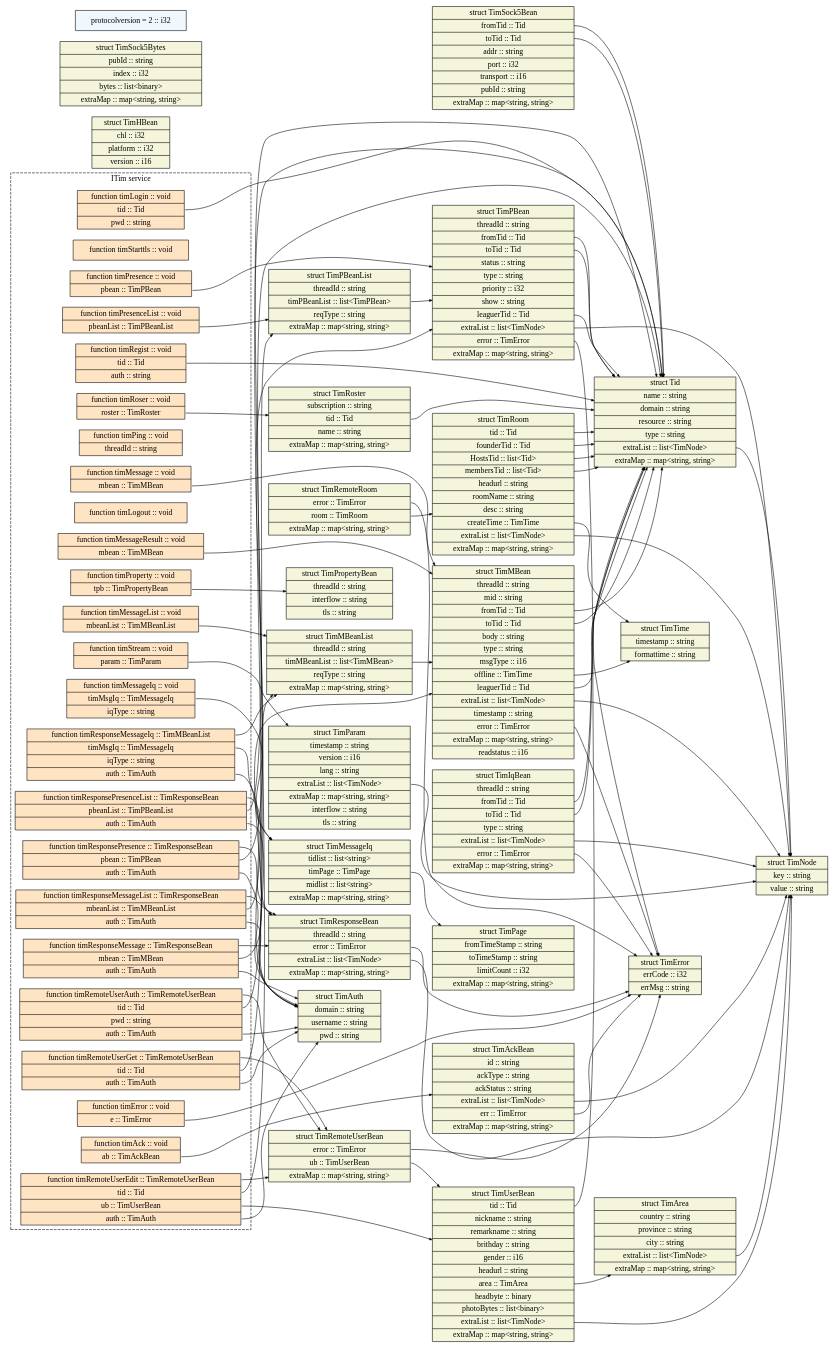
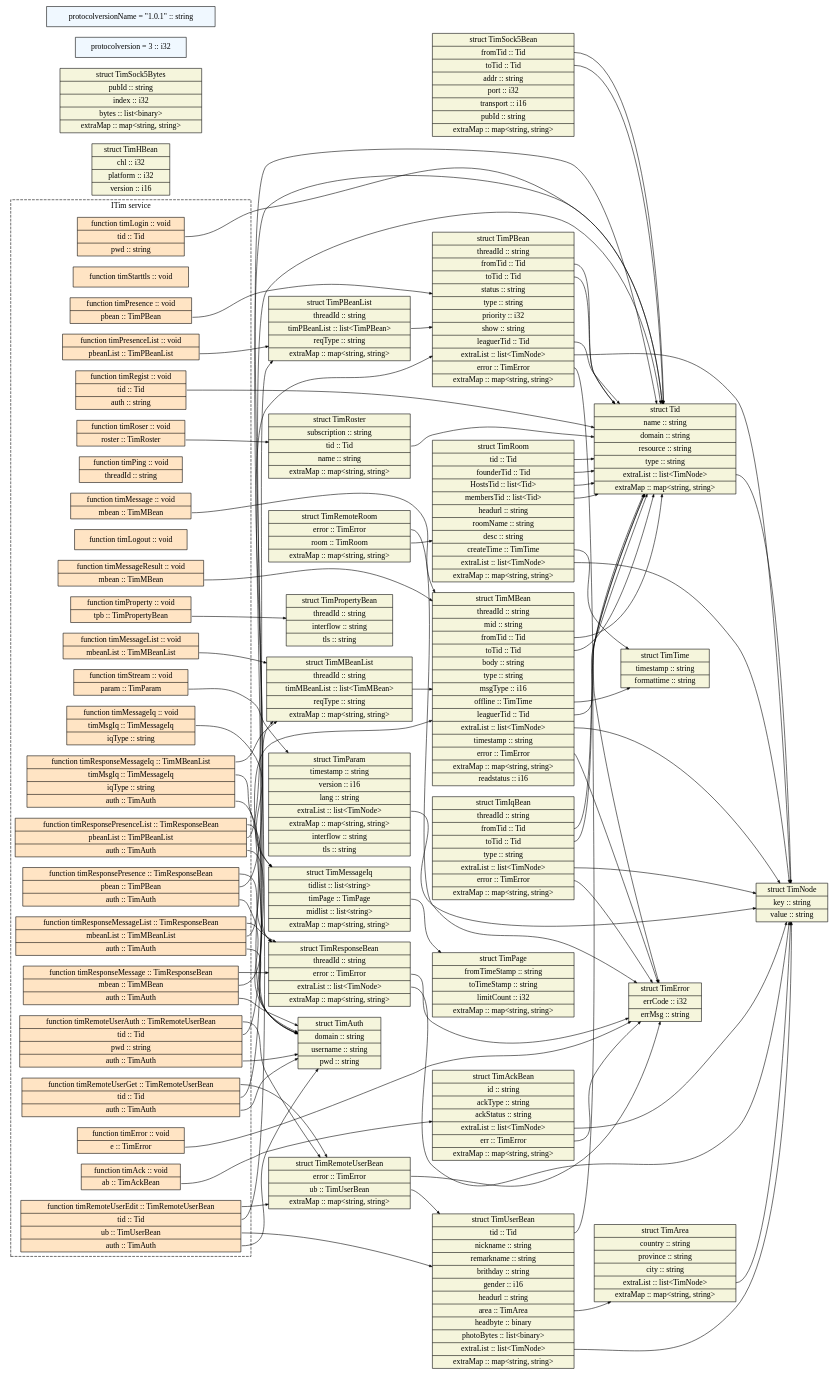
One commit to donnie4w/tim changed the diagram in protocols/gen-gv/tim.gv. Above: the diagram before and after it, drawn with Graphviz. The commit also changed 54 other files, not shown here.

```diff
--- a/protocols/gen-gv/tim.gv
+++ b/protocols/gen-gv/tim.gv
@@ -1,165 +1,167 @@
 digraph "tim" {
 node [style=filled, shape=record];
 edge [arrowsize=0.5];
 rankdir=LR
 node [fillcolor=beige];
 TimError [label="struct TimError|<field_errCode>errCode :: i32|<field_errMsg>errMsg :: string"];
 node [fillcolor=beige];
 TimNode [label="struct TimNode|<field_key>key :: string|<field_value>value :: string"];
 node [fillcolor=beige];
 TimAckBean [label="struct TimAckBean|<field_id>id :: string|<field_ackType>ackType :: string|<field_ackStatus>ackStatus :: string|<field_extraList>extraList :: list\<TimNode\>|<field_err>err :: TimError|<field_extraMap>extraMap :: map\<string, string\>"];
 node [fillcolor=beige];
 TimHBean [label="struct TimHBean|<field_chl>chl :: i32|<field_platform>platform :: i32|<field_version>version :: i16"];
 node [fillcolor=beige];
 TimParam [label="struct TimParam|<field_timestamp>timestamp :: string|<field_version>version :: i16|<field_lang>lang :: string|<field_extraList>extraList :: list\<TimNode\>|<field_extraMap>extraMap :: map\<string, string\>|<field_interflow>interflow :: string|<field_tls>tls :: string"];
 node [fillcolor=beige];
 TimTime [label="struct TimTime|<field_timestamp>timestamp :: string|<field_formattime>formattime :: string"];
 node [fillcolor=beige];
 TimArea [label="struct TimArea|<field_country>country :: string|<field_province>province :: string|<field_city>city :: string|<field_extraList>extraList :: list\<TimNode\>|<field_extraMap>extraMap :: map\<string, string\>"];
 node [fillcolor=beige];
 Tid [label="struct Tid|<field_name>name :: string|<field_domain>domain :: string|<field_resource>resource :: string|<field_type>type :: string|<field_extraList>extraList :: list\<TimNode\>|<field_extraMap>extraMap :: map\<string, string\>"];
 node [fillcolor=beige];
 TimUserBean [label="struct TimUserBean|<field_tid>tid :: Tid|<field_nickname>nickname :: string|<field_remarkname>remarkname :: string|<field_brithday>brithday :: string|<field_gender>gender :: i16|<field_headurl>headurl :: string|<field_area>area :: TimArea|<field_headbyte>headbyte :: binary|<field_photoBytes>photoBytes :: list\<binary\>|<field_extraList>extraList :: list\<TimNode\>|<field_extraMap>extraMap :: map\<string, string\>"];
 node [fillcolor=beige];
 TimRoom [label="struct TimRoom|<field_tid>tid :: Tid|<field_founderTid>founderTid :: Tid|<field_HostsTid>HostsTid :: list\<Tid\>|<field_membersTid>membersTid :: list\<Tid\>|<field_headurl>headurl :: string|<field_roomName>roomName :: string|<field_desc>desc :: string|<field_createTime>createTime :: TimTime|<field_extraList>extraList :: list\<TimNode\>|<field_extraMap>extraMap :: map\<string, string\>"];
 node [fillcolor=beige];
 TimPBean [label="struct TimPBean|<field_threadId>threadId :: string|<field_fromTid>fromTid :: Tid|<field_toTid>toTid :: Tid|<field_status>status :: string|<field_type>type :: string|<field_priority>priority :: i32|<field_show>show :: string|<field_leaguerTid>leaguerTid :: Tid|<field_extraList>extraList :: list\<TimNode\>|<field_error>error :: TimError|<field_extraMap>extraMap :: map\<string, string\>"];
 node [fillcolor=beige];
 TimMBean [label="struct TimMBean|<field_threadId>threadId :: string|<field_mid>mid :: string|<field_fromTid>fromTid :: Tid|<field_toTid>toTid :: Tid|<field_body>body :: string|<field_type>type :: string|<field_msgType>msgType :: i16|<field_offline>offline :: TimTime|<field_leaguerTid>leaguerTid :: Tid|<field_extraList>extraList :: list\<TimNode\>|<field_timestamp>timestamp :: string|<field_error>error :: TimError|<field_extraMap>extraMap :: map\<string, string\>|<field_readstatus>readstatus :: i16"];
 node [fillcolor=beige];
 TimIqBean [label="struct TimIqBean|<field_threadId>threadId :: string|<field_fromTid>fromTid :: Tid|<field_toTid>toTid :: Tid|<field_type>type :: string|<field_extraList>extraList :: list\<TimNode\>|<field_error>error :: TimError|<field_extraMap>extraMap :: map\<string, string\>"];
 node [fillcolor=beige];
 TimRoster [label="struct TimRoster|<field_subscription>subscription :: string|<field_tid>tid :: Tid|<field_name>name :: string|<field_extraMap>extraMap :: map\<string, string\>"];
 node [fillcolor=beige];
 TimRemoteUserBean [label="struct TimRemoteUserBean|<field_error>error :: TimError|<field_ub>ub :: TimUserBean|<field_extraMap>extraMap :: map\<string, string\>"];
 node [fillcolor=beige];
 TimRemoteRoom [label="struct TimRemoteRoom|<field_error>error :: TimError|<field_room>room :: TimRoom|<field_extraMap>extraMap :: map\<string, string\>"];
 node [fillcolor=beige];
 TimResponseBean [label="struct TimResponseBean|<field_threadId>threadId :: string|<field_error>error :: TimError|<field_extraList>extraList :: list\<TimNode\>|<field_extraMap>extraMap :: map\<string, string\>"];
 node [fillcolor=beige];
 TimSock5Bean [label="struct TimSock5Bean|<field_fromTid>fromTid :: Tid|<field_toTid>toTid :: Tid|<field_addr>addr :: string|<field_port>port :: i32|<field_transport>transport :: i16|<field_pubId>pubId :: string|<field_extraMap>extraMap :: map\<string, string\>"];
 node [fillcolor=beige];
 TimSock5Bytes [label="struct TimSock5Bytes|<field_pubId>pubId :: string|<field_index>index :: i32|<field_bytes>bytes :: list\<binary\>|<field_extraMap>extraMap :: map\<string, string\>"];
 node [fillcolor=beige];
 TimPage [label="struct TimPage|<field_fromTimeStamp>fromTimeStamp :: string|<field_toTimeStamp>toTimeStamp :: string|<field_limitCount>limitCount :: i32|<field_extraMap>extraMap :: map\<string, string\>"];
 node [fillcolor=beige];
 TimMessageIq [label="struct TimMessageIq|<field_tidlist>tidlist :: list\<string\>|<field_timPage>timPage :: TimPage|<field_midlist>midlist :: list\<string\>|<field_extraMap>extraMap :: map\<string, string\>"];
 node [fillcolor=beige];
 TimAuth [label="struct TimAuth|<field_domain>domain :: string|<field_username>username :: string|<field_pwd>pwd :: string"];
 node [fillcolor=beige];
 TimMBeanList [label="struct TimMBeanList|<field_threadId>threadId :: string|<field_timMBeanList>timMBeanList :: list\<TimMBean\>|<field_reqType>reqType :: string|<field_extraMap>extraMap :: map\<string, string\>"];
 node [fillcolor=beige];
 TimPBeanList [label="struct TimPBeanList|<field_threadId>threadId :: string|<field_timPBeanList>timPBeanList :: list\<TimPBean\>|<field_reqType>reqType :: string|<field_extraMap>extraMap :: map\<string, string\>"];
 node [fillcolor=beige];
 TimPropertyBean [label="struct TimPropertyBean|<field_threadId>threadId :: string|<field_interflow>interflow :: string|<field_tls>tls :: string"];
 node [fillcolor=aliceblue];
-const_protocolversion [label="protocolversion = 2 :: i32"];
+const_protocolversion [label="protocolversion = 3 :: i32"];
+node [fillcolor=aliceblue];
+const_protocolversionName [label="protocolversionName = \"1.0.1\" :: string"];
 subgraph cluster_ITim {
 node [fillcolor=bisque];
 style=dashed;
 label = "ITim service";
 function_ITimtimStream[label="<return_type>function timStream :: void|<param_param>param :: TimParam"];
 function_ITimtimStarttls[label="<return_type>function timStarttls :: void"];
 function_ITimtimLogin[label="<return_type>function timLogin :: void|<param_tid>tid :: Tid|<param_pwd>pwd :: string"];
 function_ITimtimAck[label="<return_type>function timAck :: void|<param_ab>ab :: TimAckBean"];
 function_ITimtimPresence[label="<return_type>function timPresence :: void|<param_pbean>pbean :: TimPBean"];
 function_ITimtimMessage[label="<return_type>function timMessage :: void|<param_mbean>mbean :: TimMBean"];
 function_ITimtimPing[label="<return_type>function timPing :: void|<param_threadId>threadId :: string"];
 function_ITimtimError[label="<return_type>function timError :: void|<param_e>e :: TimError"];
 function_ITimtimLogout[label="<return_type>function timLogout :: void"];
 function_ITimtimRegist[label="<return_type>function timRegist :: void|<param_tid>tid :: Tid|<param_auth>auth :: string"];
 function_ITimtimRoser[label="<return_type>function timRoser :: void|<param_roster>roster :: TimRoster"];
 function_ITimtimMessageList[label="<return_type>function timMessageList :: void|<param_mbeanList>mbeanList :: TimMBeanList"];
 function_ITimtimPresenceList[label="<return_type>function timPresenceList :: void|<param_pbeanList>pbeanList :: TimPBeanList"];
 function_ITimtimMessageIq[label="<return_type>function timMessageIq :: void|<param_timMsgIq>timMsgIq :: TimMessageIq|<param_iqType>iqType :: string"];
 function_ITimtimMessageResult[label="<return_type>function timMessageResult :: void|<param_mbean>mbean :: TimMBean"];
 function_ITimtimProperty[label="<return_type>function timProperty :: void|<param_tpb>tpb :: TimPropertyBean"];
 function_ITimtimRemoteUserAuth[label="<return_type>function timRemoteUserAuth :: TimRemoteUserBean|<param_tid>tid :: Tid|<param_pwd>pwd :: string|<param_auth>auth :: TimAuth"];
 function_ITimtimRemoteUserGet[label="<return_type>function timRemoteUserGet :: TimRemoteUserBean|<param_tid>tid :: Tid|<param_auth>auth :: TimAuth"];
 function_ITimtimRemoteUserEdit[label="<return_type>function timRemoteUserEdit :: TimRemoteUserBean|<param_tid>tid :: Tid|<param_ub>ub :: TimUserBean|<param_auth>auth :: TimAuth"];
 function_ITimtimResponsePresence[label="<return_type>function timResponsePresence :: TimResponseBean|<param_pbean>pbean :: TimPBean|<param_auth>auth :: TimAuth"];
 function_ITimtimResponseMessage[label="<return_type>function timResponseMessage :: TimResponseBean|<param_mbean>mbean :: TimMBean|<param_auth>auth :: TimAuth"];
 function_ITimtimResponseMessageIq[label="<return_type>function timResponseMessageIq :: TimMBeanList|<param_timMsgIq>timMsgIq :: TimMessageIq|<param_iqType>iqType :: string|<param_auth>auth :: TimAuth"];
 function_ITimtimResponsePresenceList[label="<return_type>function timResponsePresenceList :: TimResponseBean|<param_pbeanList>pbeanList :: TimPBeanList|<param_auth>auth :: TimAuth"];
 function_ITimtimResponseMessageList[label="<return_type>function timResponseMessageList :: TimResponseBean|<param_mbeanList>mbeanList :: TimMBeanList|<param_auth>auth :: TimAuth"];
  }
 TimAckBean:field_extraList -> TimNode
 TimAckBean:field_err -> TimError
 TimParam:field_extraList -> TimNode
 TimArea:field_extraList -> TimNode
 Tid:field_extraList -> TimNode
 TimUserBean:field_tid -> Tid
 TimUserBean:field_area -> TimArea
 TimUserBean:field_extraList -> TimNode
 TimRoom:field_tid -> Tid
 TimRoom:field_founderTid -> Tid
 TimRoom:field_HostsTid -> Tid
 TimRoom:field_membersTid -> Tid
 TimRoom:field_createTime -> TimTime
 TimRoom:field_extraList -> TimNode
 TimPBean:field_fromTid -> Tid
 TimPBean:field_toTid -> Tid
 TimPBean:field_leaguerTid -> Tid
 TimPBean:field_extraList -> TimNode
 TimPBean:field_error -> TimError
 TimMBean:field_fromTid -> Tid
 TimMBean:field_toTid -> Tid
 TimMBean:field_offline -> TimTime
 TimMBean:field_leaguerTid -> Tid
 TimMBean:field_extraList -> TimNode
 TimMBean:field_error -> TimError
 TimIqBean:field_fromTid -> Tid
 TimIqBean:field_toTid -> Tid
 TimIqBean:field_extraList -> TimNode
 TimIqBean:field_error -> TimError
 TimRoster:field_tid -> Tid
 TimRemoteUserBean:field_error -> TimError
 TimRemoteUserBean:field_ub -> TimUserBean
 TimRemoteRoom:field_error -> TimError
 TimRemoteRoom:field_room -> TimRoom
 TimResponseBean:field_error -> TimError
 TimResponseBean:field_extraList -> TimNode
 TimSock5Bean:field_fromTid -> Tid
 TimSock5Bean:field_toTid -> Tid
 TimMessageIq:field_timPage -> TimPage
 TimMBeanList:field_timMBeanList -> TimMBean
 TimPBeanList:field_timPBeanList -> TimPBean
 function_ITimtimStream:param_param -> TimParam
 function_ITimtimLogin:param_tid -> Tid
 function_ITimtimAck:param_ab -> TimAckBean
 function_ITimtimPresence:param_pbean -> TimPBean
 function_ITimtimMessage:param_mbean -> TimMBean
 function_ITimtimError:param_e -> TimError
 function_ITimtimRegist:param_tid -> Tid
 function_ITimtimRoser:param_roster -> TimRoster
 function_ITimtimMessageList:param_mbeanList -> TimMBeanList
 function_ITimtimPresenceList:param_pbeanList -> TimPBeanList
 function_ITimtimMessageIq:param_timMsgIq -> TimMessageIq
 function_ITimtimMessageResult:param_mbean -> TimMBean
 function_ITimtimProperty:param_tpb -> TimPropertyBean
 function_ITimtimRemoteUserAuth:return_type -> TimRemoteUserBean
 function_ITimtimRemoteUserAuth:param_tid -> Tid
 function_ITimtimRemoteUserAuth:param_auth -> TimAuth
 function_ITimtimRemoteUserGet:return_type -> TimRemoteUserBean
 function_ITimtimRemoteUserGet:param_tid -> Tid
 function_ITimtimRemoteUserGet:param_auth -> TimAuth
 function_ITimtimRemoteUserEdit:return_type -> TimRemoteUserBean
 function_ITimtimRemoteUserEdit:param_tid -> Tid
 function_ITimtimRemoteUserEdit:param_ub -> TimUserBean
 function_ITimtimRemoteUserEdit:param_auth -> TimAuth
 function_ITimtimResponsePresence:return_type -> TimResponseBean
 function_ITimtimResponsePresence:param_pbean -> TimPBean
 function_ITimtimResponsePresence:param_auth -> TimAuth
 function_ITimtimResponseMessage:return_type -> TimResponseBean
 function_ITimtimResponseMessage:param_mbean -> TimMBean
 function_ITimtimResponseMessage:param_auth -> TimAuth
 function_ITimtimResponseMessageIq:return_type -> TimMBeanList
 function_ITimtimResponseMessageIq:param_timMsgIq -> TimMessageIq
 function_ITimtimResponseMessageIq:param_auth -> TimAuth
 function_ITimtimResponsePresenceList:return_type -> TimResponseBean
 function_ITimtimResponsePresenceList:param_pbeanList -> TimPBeanList
 function_ITimtimResponsePresenceList:param_auth -> TimAuth
 function_ITimtimResponseMessageList:return_type -> TimResponseBean
 function_ITimtimResponseMessageList:param_mbeanList -> TimMBeanList
 function_ITimtimResponseMessageList:param_auth -> TimAuth
 }
```
